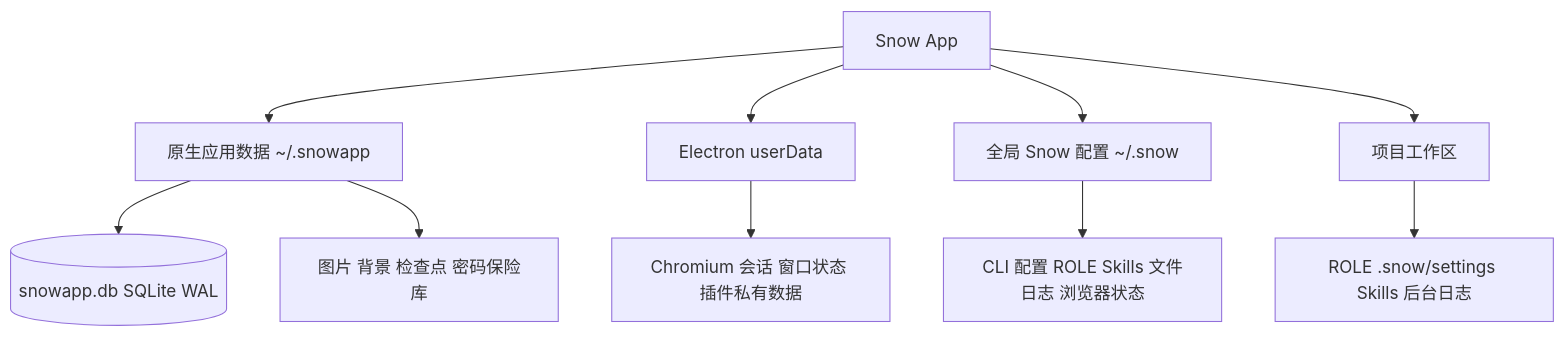
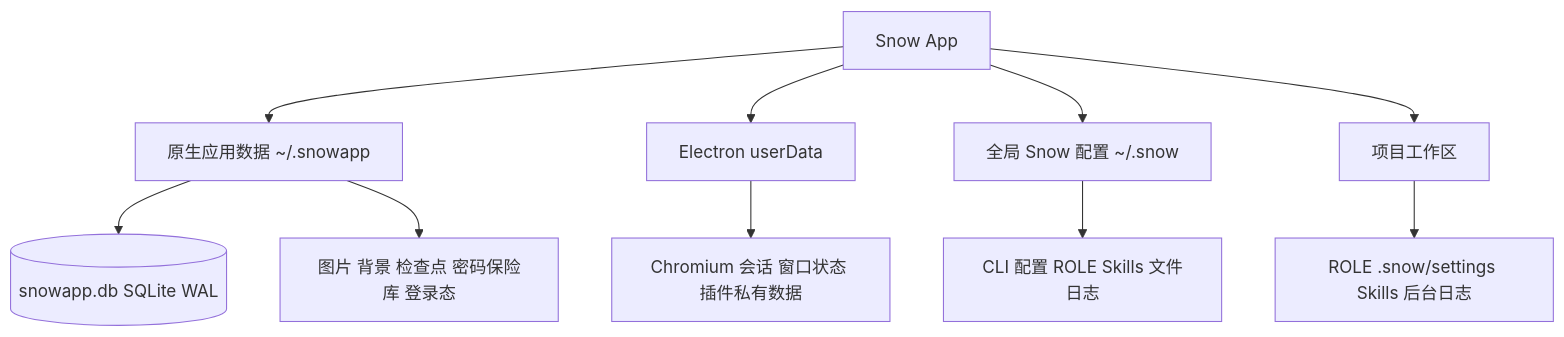
Before and after one commit to MayDay-wpf/snow-app: the diagram in docs/zh-CN/3-参考手册/4-数据存储位置.md, drawn with Mermaid. The commit also changed other lines of this file and 33 other files, not shown here.

````diff
--- a/docs/zh-CN/3-参考手册/4-数据存储位置.md
+++ b/docs/zh-CN/3-参考手册/4-数据存储位置.md
@@ -7,13 +7,13 @@
 ```mermaid
 flowchart TB
     APP[Snow App]
     APP --> N[原生应用数据 ~/.snowapp]
     APP --> E[Electron userData]
     APP --> G[全局 Snow 配置 ~/.snow]
     APP --> W[项目工作区]
     N --> DB[(snowapp.db SQLite WAL)]
-    N --> RES[图片 背景 检查点 密码保险库]
+    N --> RES[图片 背景 检查点 密码保险库 登录态]
     E --> CH[Chromium 会话 窗口状态 插件私有数据]
-    G --> CFG[CLI 配置 ROLE Skills 文件日志 浏览器状态]
+    G --> CFG[CLI 配置 ROLE Skills 文件日志]
     W --> PROJ[ROLE .snow/settings Skills 后台日志]
 ```
````
